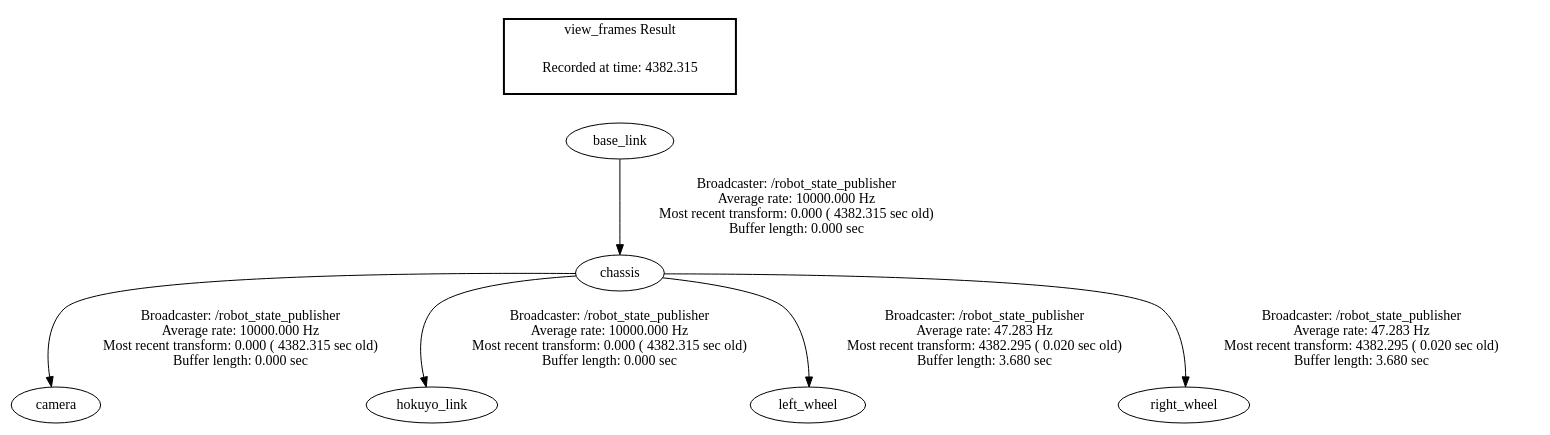
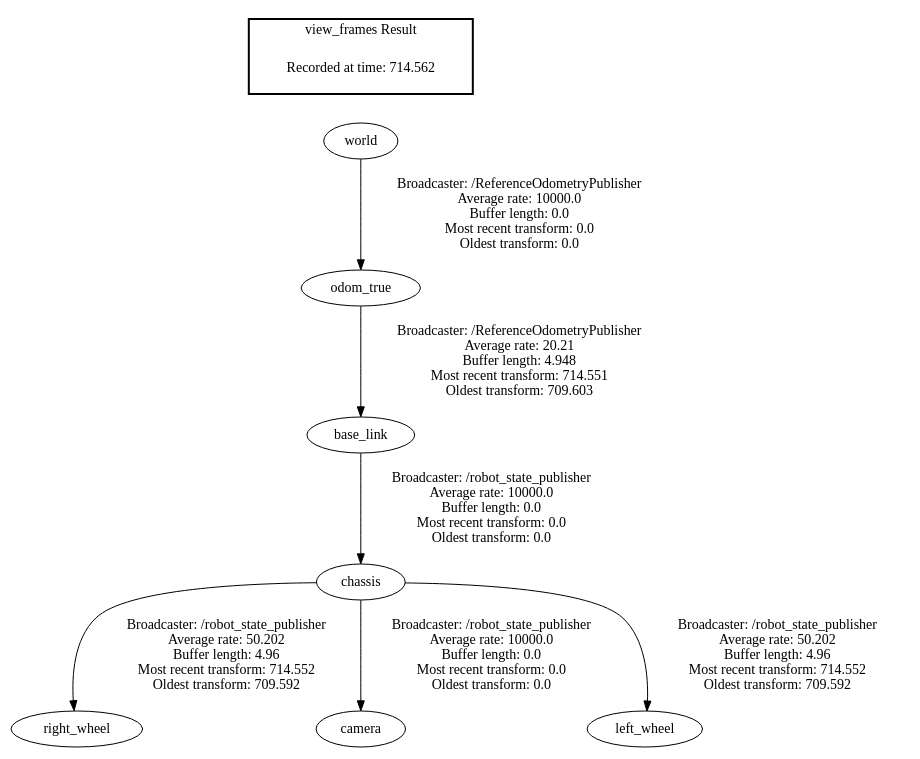
Before and after one commit to robotica-cem/mobile-robots-module: the diagram in ros/catkin_ws/frames.gv, drawn with Graphviz. The commit also changed 3 other files, not shown here.

```diff
--- a/ros/catkin_ws/frames.gv
+++ b/ros/catkin_ws/frames.gv
@@ -1,11 +1,12 @@
 digraph G {
-"base_link" -> "chassis"[label="Broadcaster: /robot_state_publisher\nAverage rate: 10000.000 Hz\nMost recent transform: 0.000 ( 4382.315 sec old)\nBuffer length: 0.000 sec\n"];
-"chassis" -> "camera"[label="Broadcaster: /robot_state_publisher\nAverage rate: 10000.000 Hz\nMost recent transform: 0.000 ( 4382.315 sec old)\nBuffer length: 0.000 sec\n"];
-"chassis" -> "hokuyo_link"[label="Broadcaster: /robot_state_publisher\nAverage rate: 10000.000 Hz\nMost recent transform: 0.000 ( 4382.315 sec old)\nBuffer length: 0.000 sec\n"];
-"chassis" -> "left_wheel"[label="Broadcaster: /robot_state_publisher\nAverage rate: 47.283 Hz\nMost recent transform: 4382.295 ( 0.020 sec old)\nBuffer length: 3.680 sec\n"];
-"chassis" -> "right_wheel"[label="Broadcaster: /robot_state_publisher\nAverage rate: 47.283 Hz\nMost recent transform: 4382.295 ( 0.020 sec old)\nBuffer length: 3.680 sec\n"];
+"chassis" -> "right_wheel"[label=" Broadcaster: /robot_state_publisher\nAverage rate: 50.202\nBuffer length: 4.96\nMost recent transform: 714.552\nOldest transform: 709.592\n"];
+"chassis" -> "camera"[label=" Broadcaster: /robot_state_publisher\nAverage rate: 10000.0\nBuffer length: 0.0\nMost recent transform: 0.0\nOldest transform: 0.0\n"];
+"world" -> "odom_true"[label=" Broadcaster: /ReferenceOdometryPublisher\nAverage rate: 10000.0\nBuffer length: 0.0\nMost recent transform: 0.0\nOldest transform: 0.0\n"];
+"base_link" -> "chassis"[label=" Broadcaster: /robot_state_publisher\nAverage rate: 10000.0\nBuffer length: 0.0\nMost recent transform: 0.0\nOldest transform: 0.0\n"];
+"chassis" -> "left_wheel"[label=" Broadcaster: /robot_state_publisher\nAverage rate: 50.202\nBuffer length: 4.96\nMost recent transform: 714.552\nOldest transform: 709.592\n"];
+"odom_true" -> "base_link"[label=" Broadcaster: /ReferenceOdometryPublisher\nAverage rate: 20.21\nBuffer length: 4.948\nMost recent transform: 714.551\nOldest transform: 709.603\n"];
 edge [style=invis];
  subgraph cluster_legend { style=bold; color=black; label ="view_frames Result";
-"Recorded at time: 4382.315"[ shape=plaintext ] ;
- }->"base_link";
+"Recorded at time: 714.562"[ shape=plaintext ] ;
+}->"world";
 }
```
